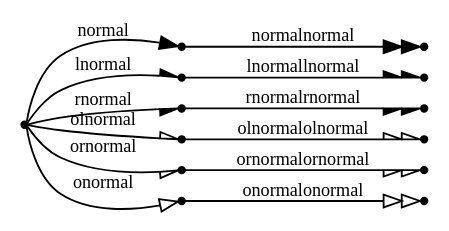
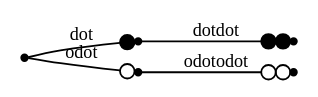
Before and after one commit to graphviz-perl/GraphViz2-Marpa-PathUtils: the diagram in out/clusters.out.08.006.gv, drawn with Graphviz. The commit also changed 45 other files, not shown here.

```diff
--- a/out/clusters.out.08.006.gv
+++ b/out/clusters.out.08.006.gv
@@ -1,19 +1,11 @@
 digraph G
 {
 	graph[rankdir = "LR" nodesep = "0"]
 	node[shape = "point" label = ""]
 	edge[fontsize = "10"]
-	_normal -> normal[arrowhead = "normal" label = "normal"]
-	normal -> normalnormal[arrowhead = "normalnormal" label = "normalnormal"]
-	_normal -> lnormal[arrowhead = "lnormal" label = "lnormal"]
-	lnormal -> lnormallnormal[arrowhead = "lnormallnormal" label = "lnormallnormal"]
-	_normal -> rnormal[arrowhead = "rnormal" label = "rnormal"]
-	rnormal -> rnormalrnormal[arrowhead = "rnormalrnormal" label = "rnormalrnormal"]
-	_normal -> olnormal[arrowhead = "olnormal" label = "olnormal"]
-	olnormal -> olnormalolnormal[arrowhead = "olnormalolnormal" label = "olnormalolnormal"]
-	_normal -> ornormal[arrowhead = "ornormal" label = "ornormal"]
-	ornormal -> ornormalornormal[arrowhead = "ornormalornormal" label = "ornormalornormal"]
-	_normal -> onormal[arrowhead = "onormal" label = "onormal"]
-	onormal -> onormalonormal[arrowhead = "onormalonormal" label = "onormalonormal"]
+	_dot -> dot[arrowhead = "dot" label = "dot"]
+	dot -> dotdot[arrowhead = "dotdot" label = "dotdot"]
+	_dot -> odot[arrowhead = "odot" label = "odot"]
+	odot -> odotodot[arrowhead = "odotodot" label = "odotodot"]
 
 }
```
